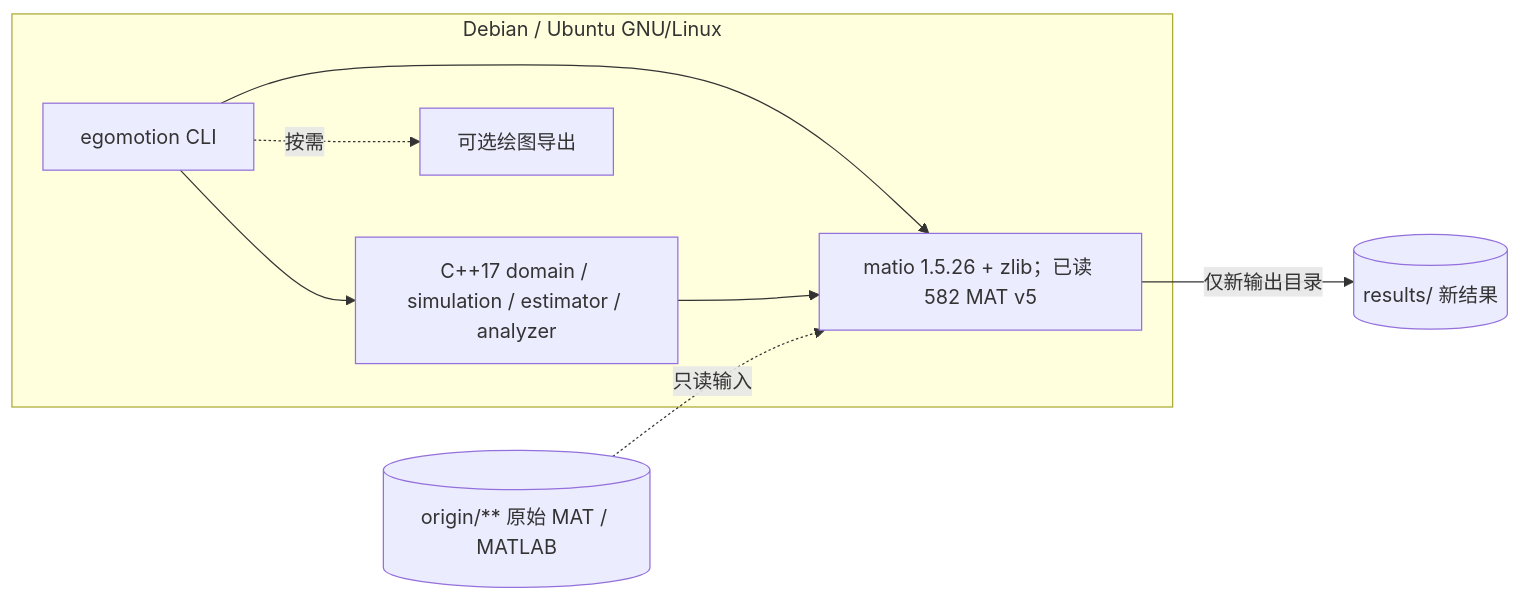
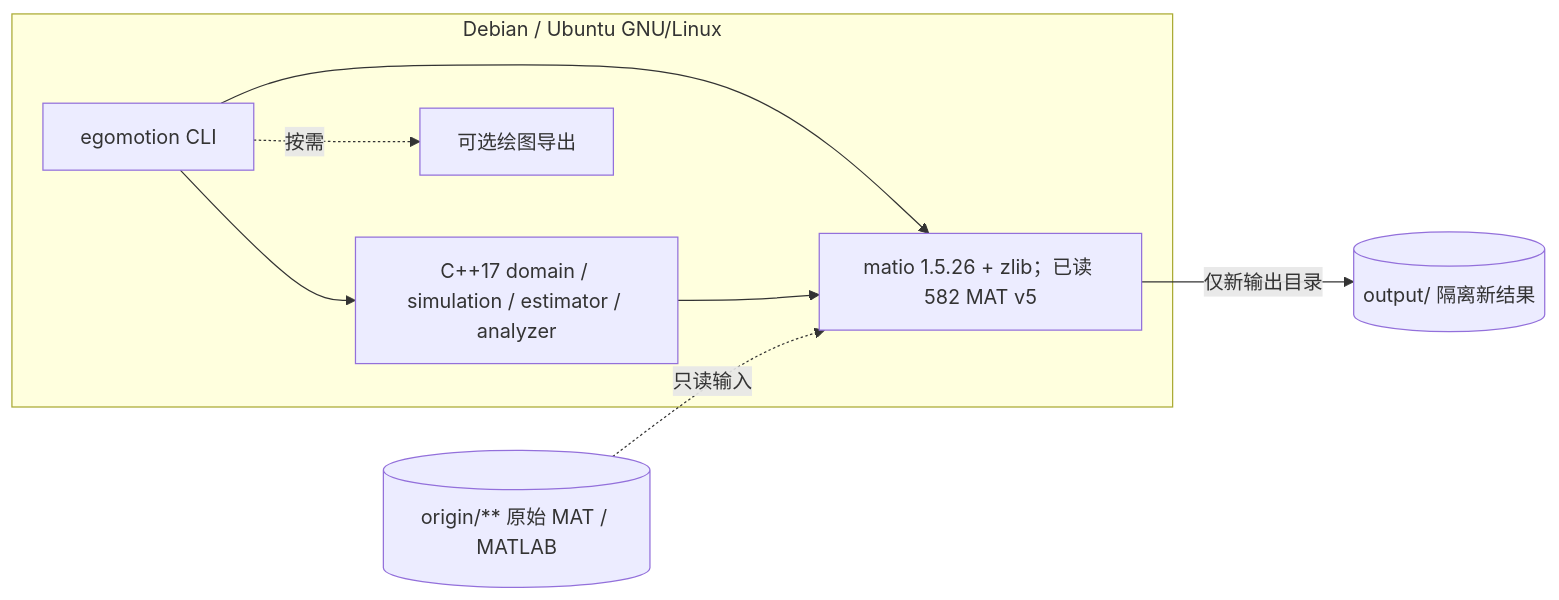
One commit to ncut-d1z/Egomotion-Estimation-with-Dense-Flow-Fields changed the second of 5 diagrams in docs/ARCHITECTURE.md. Above: the diagram before and after it, drawn with Mermaid.

Commit message:
docs(hld): align deployment graph output directory with H-12 approval

````diff
--- a/docs/ARCHITECTURE.md
+++ b/docs/ARCHITECTURE.md
@@ -40,17 +40,17 @@
 ```mermaid
 flowchart LR
     subgraph host["Debian / Ubuntu GNU/Linux"]
         cli["egomotion CLI"]
         libs["C++17 domain / simulation / estimator / analyzer"]
         io["matio 1.5.26 + zlib；已读 582 MAT v5"]
         plot["可选绘图导出"]
         cli --> libs
         cli --> io
         cli -.按需.-> plot
         libs --> io
     end
     raw[("origin/** 原始 MAT / MATLAB")]
-    out[("results/<RunId> 新结果")]
+    out[("output/<RunId> 隔离新结果")]
     raw -.只读输入.-> io
     io -->|"仅新输出目录"| out
 ```
````
